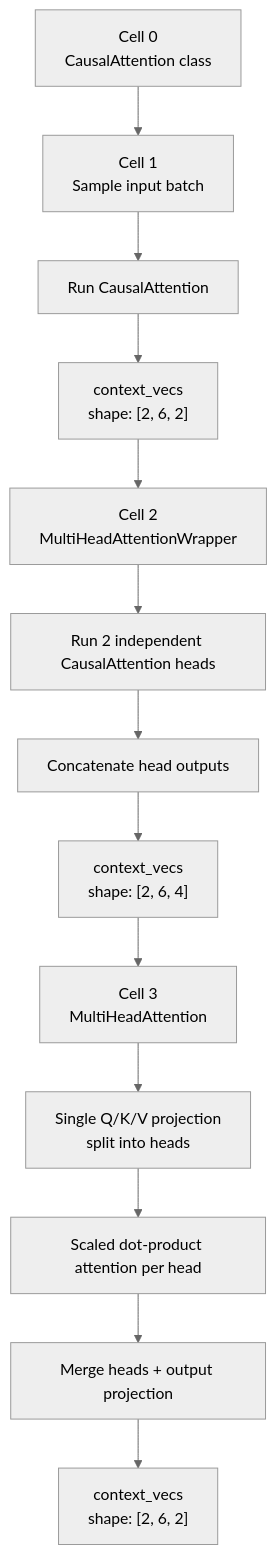
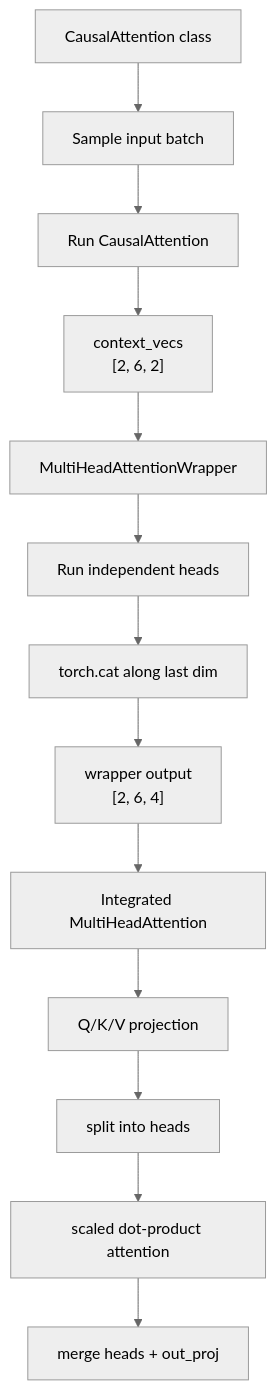
The first of 5 diagrams in docs/diagrams/Chapter_3_Excercise_Attention.md (boslbosl/ai-specialist-26-language), drawn with Mermaid (neutral theme) before and after one commit. The commit also changed other lines of this file and 10 other files, not shown here.

Commit message:
Add diagrams for chapters through chapter 7

````diff
--- a/docs/diagrams/Chapter_3_Excercise_Attention.md
+++ b/docs/diagrams/Chapter_3_Excercise_Attention.md
@@ -8,17 +8,15 @@
 ```mermaid
 flowchart TD
-    A["Cell 0<br/>CausalAttention class"] --> B["Cell 1<br/>Sample input batch"]
+    A["CausalAttention class"] --> B["Sample input batch"]
     B --> C["Run CausalAttention"]
-    C --> D["context_vecs<br/>shape: [2, 6, 2]"]
-
-    D --> E["Cell 2<br/>MultiHeadAttentionWrapper"]
-    E --> F["Run 2 independent CausalAttention heads"]
-    F --> G["Concatenate head outputs"]
-    G --> H["context_vecs<br/>shape: [2, 6, 4]"]
-
-    H --> I["Cell 3<br/>MultiHeadAttention"]
-    I --> J["Single Q/K/V projection<br/>split into heads"]
-    J --> K["Scaled dot-product attention per head"]
-    K --> L["Merge heads + output projection"]
-    L --> M["context_vecs<br/>shape: [2, 6, 2]"]
+    C --> D["context_vecs<br/>[2, 6, 2]"]
+    D --> E["MultiHeadAttentionWrapper"]
+    E --> F["Run independent heads"]
+    F --> G["torch.cat along last dim"]
+    G --> H["wrapper output<br/>[2, 6, 4]"]
+    H --> I["Integrated MultiHeadAttention"]
+    I --> J["Q/K/V projection"]
+    J --> K["split into heads"]
+    K --> L["scaled dot-product attention"]
+    L --> M["merge heads + out_proj"]
 ```
````
